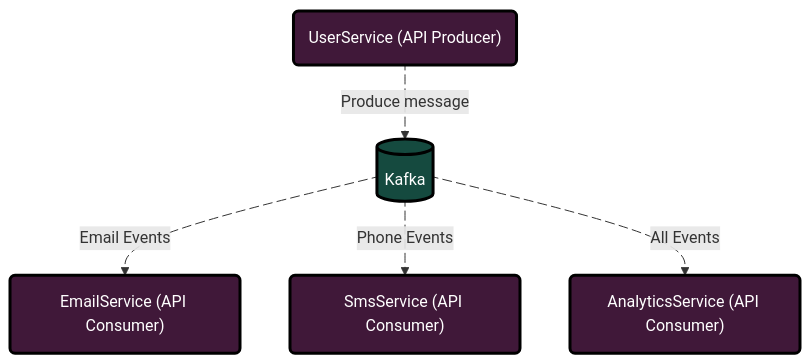
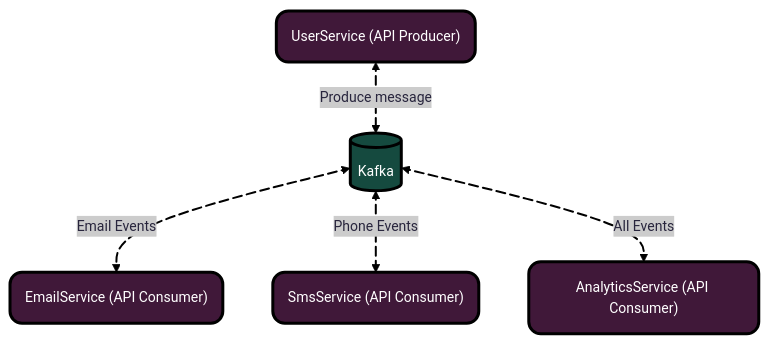
The diagram in README.md (F11uff/Kafka), drawn with Mermaid before and after one commit.

````diff
--- a/README.md
+++ b/README.md
@@ -14,16 +14,22 @@
 ```mermaid
+---
+config:
+  look: classic
+  theme: redux
+---
 flowchart TB
-    UserService("UserService (API Producer)") L_UserService_Kafka_0@-- Produce message --> Kafka[("Kafka")]
-    Kafka L_Kafka_EmailService_0@-- Email Events --> EmailService("EmailService (API Consumer)")
-    Kafka L_Kafka_SmsService_0@-- Phone Events --> SmsService("SmsService (API Consumer)")
-    Kafka L_Kafka_AnalyticsService_0@-- All Events --> AnalyticsService("AnalyticsService (API Consumer)")
+    UserService("UserService (API Producer)") L_UserService_Kafka_0@<-- Produce message --> Kafka[("Kafka")]
+    Kafka L_Kafka_EmailService_0@<-- Email Events --> EmailService("EmailService (API Consumer)")
+    Kafka L_Kafka_SmsService_0@<-- Phone Events --> SmsService("SmsService (API Consumer)")
+    Kafka L_Kafka_AnalyticsService_0@<-- All Events --> AnalyticsService("AnalyticsService (API Consumer)")
     style UserService fill:#401839,color:white, stroke:black, stroke-width:3
     style Kafka fill:#154a3f,color:white, stroke:black, stroke-width:3
     style EmailService fill:#401839,color:white, stroke:black, stroke-width:3
     style SmsService fill:#401839,color:white, stroke:black, stroke-width:3
     style AnalyticsService fill:#401839,color:white, stroke:black, stroke-width:3
     L_UserService_Kafka_0@{ animation: slow } 
     L_Kafka_EmailService_0@{ animation: slow } 
     L_Kafka_SmsService_0@{ animation: slow } 
     L_Kafka_AnalyticsService_0@{ animation: slow }
+
 ```
````
